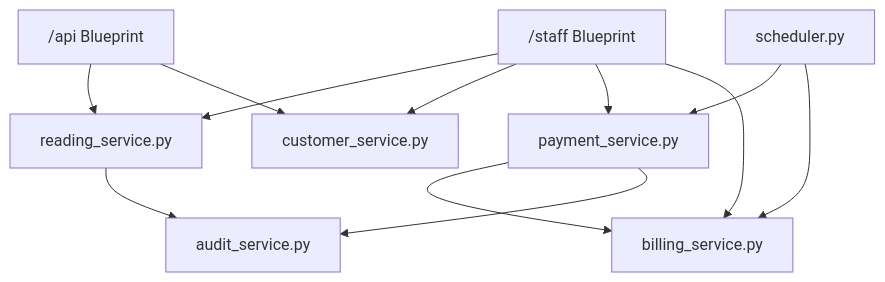
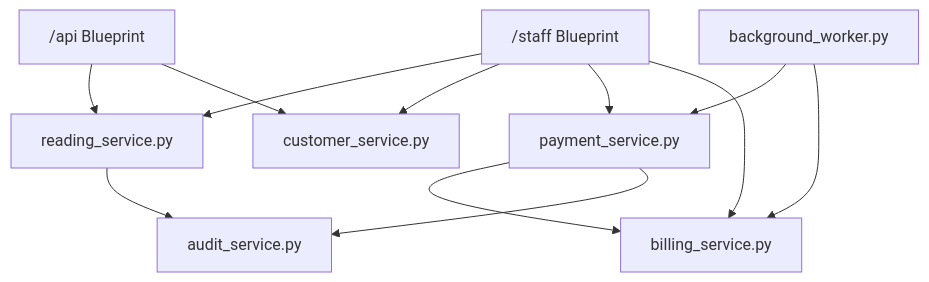
Before and after one commit to NovaProtocol/WaterBillingSystem: the diagram in documentations/docs/bill-server/services.md, drawn with Mermaid. The commit also changed other lines of this file and 17 other files, not shown here.

First line of the commit message:
Replace scheduler + debug worker with unified DB-backed background worker

````diff
--- a/documentations/docs/bill-server/services.md
+++ b/documentations/docs/bill-server/services.md
@@ -7,17 +7,17 @@
 ```mermaid
 graph TB
     API["/api Blueprint"] --> READING["reading_service.py"]
     API --> CUSTOMER["customer_service.py"]
 
     STAFF["/staff Blueprint"] --> READING
     STAFF --> CUSTOMER
     STAFF --> PAYMENT["payment_service.py"]
     STAFF --> BILLING["billing_service.py"]
 
     PAYMENT --> BILLING
     PAYMENT --> AUDIT["audit_service.py"]
     READING --> AUDIT
 
-    SCHED["scheduler.py"] --> PAYMENT
+    SCHED["background_worker.py"] --> PAYMENT
     SCHED --> BILLING
 ```
````
